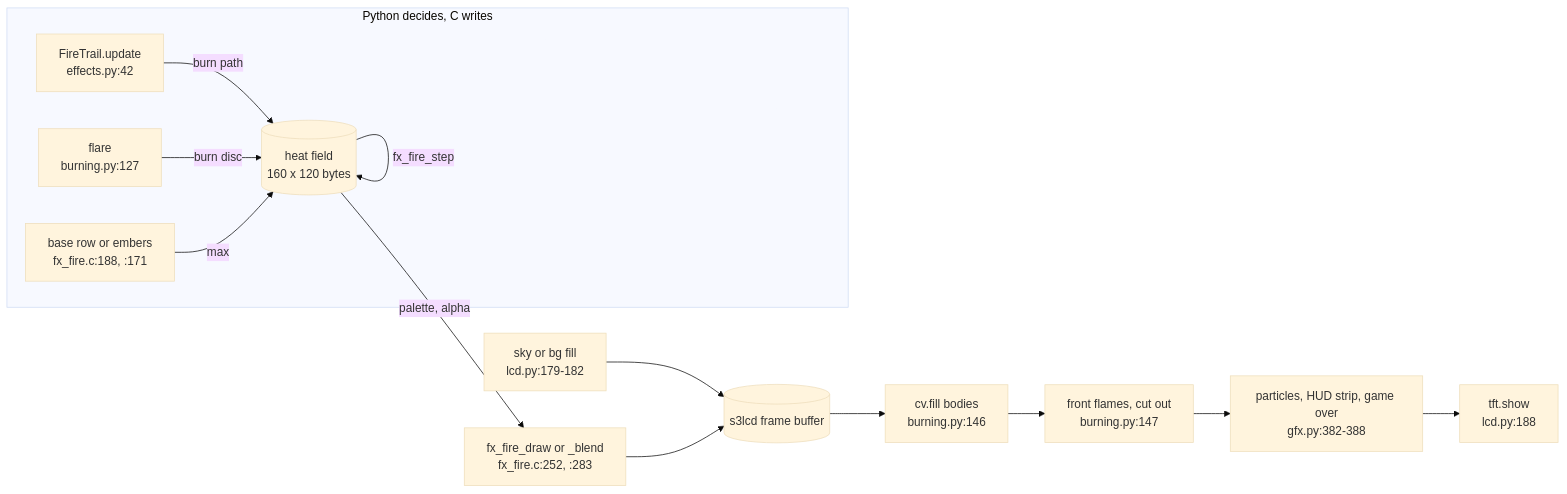
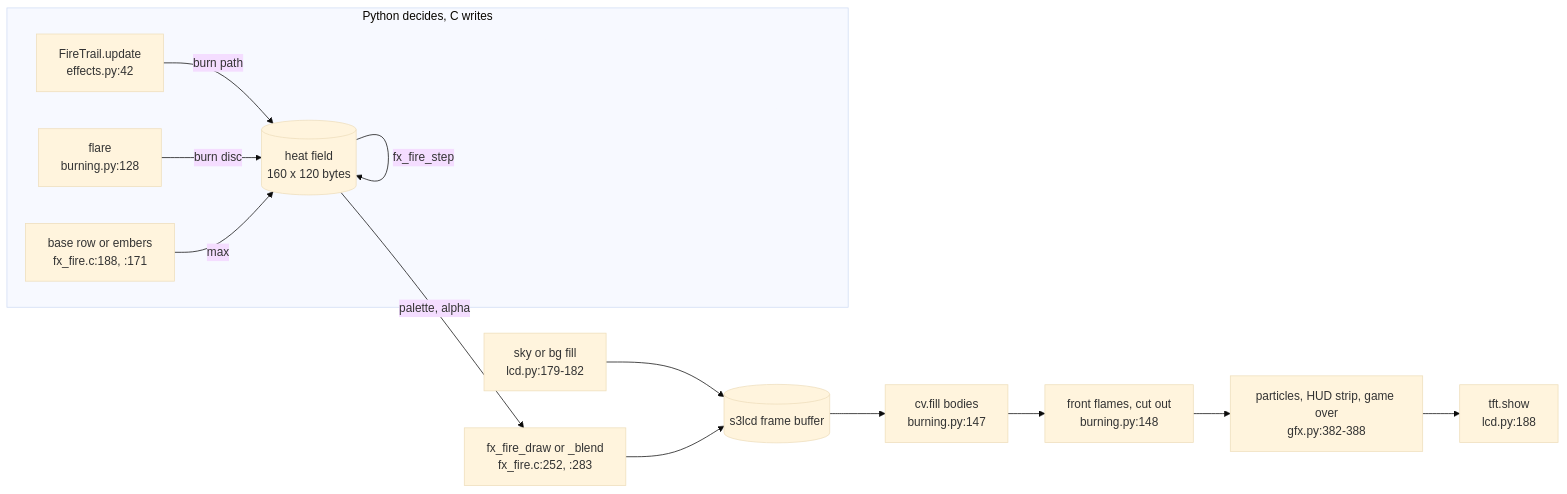
The first of 5 diagrams in docs/engine-deep-dives.md (xmejkal/pixel-games), drawn with Mermaid (base theme) before and after one commit. The commit also changed other lines of this file and 5 other files, not shown here.

First line of the commit message:
P639: the review's fixes: burning inherits the fire's MODES, its docstring names three modes, the docs' cites move, the no-engine test counts the bodies

````diff
--- a/docs/engine-deep-dives.md
+++ b/docs/engine-deep-dives.md
@@ -72,13 +72,13 @@
 ```mermaid
 flowchart LR
     subgraph writers [Python decides, C writes]
         T[FireTrail.update<br/>effects.py:42] -->|burn path| F
-        L[flare<br/>burning.py:127] -->|burn disc| F
+        L[flare<br/>burning.py:128] -->|burn disc| F
         B[base row or embers<br/>fx_fire.c:188, :171] -->|max| F
     end
     F[(heat field<br/>160 x 120 bytes)] -->|fx_fire_step| F
     F -->|palette, alpha| D[fx_fire_draw or _blend<br/>fx_fire.c:252, :283]
     S[sky or bg fill<br/>lcd.py:179-182] --> P[(s3lcd frame buffer)]
     D --> P
-    P --> O[cv.fill bodies<br/>burning.py:146] --> R[front flames, cut out<br/>burning.py:147] --> Q[particles, HUD strip, game over<br/>gfx.py:382-388] --> W[tft.show<br/>lcd.py:188]
+    P --> O[cv.fill bodies<br/>burning.py:147] --> R[front flames, cut out<br/>burning.py:148] --> Q[particles, HUD strip, game over<br/>gfx.py:382-388] --> W[tft.show<br/>lcd.py:188]
 ```
````
